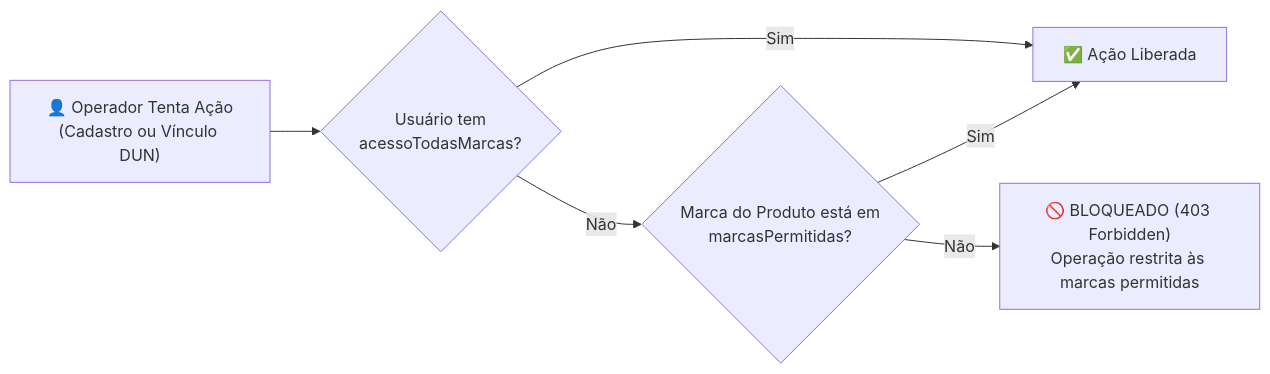
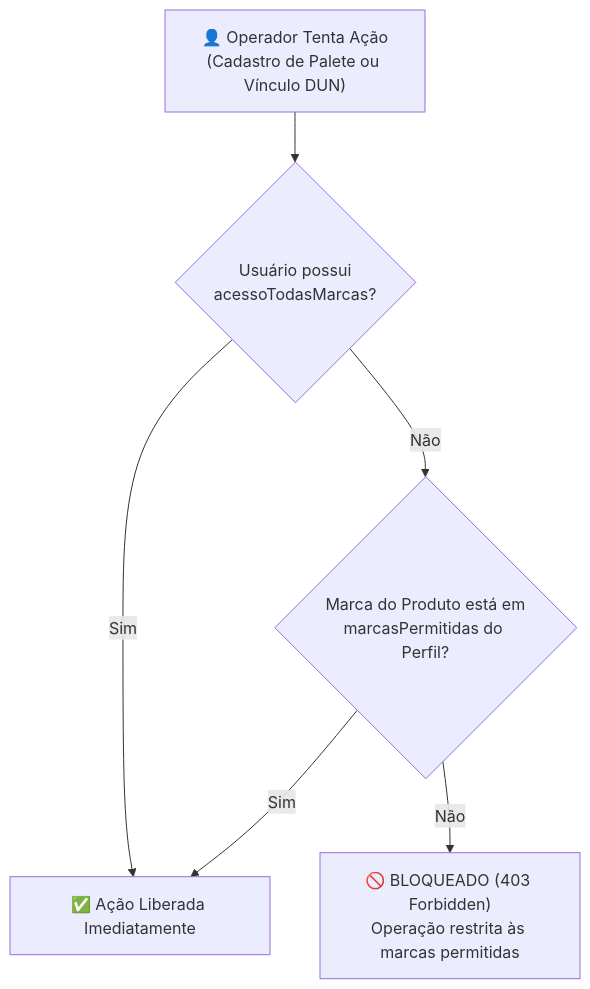
One commit to NaejBarbosa/paletscan-etl changed the second of 2 diagrams in docs/pwa-auth-permissoes.md. Above: the diagram before and after it, drawn with Mermaid. The commit also changed other lines of this file and 28 other files, not shown here.

Commit message:
docs: atualiza documentacao mkdocs com pontos criticos e diagramas verticalizados mobile

````diff
--- a/docs/pwa-auth-permissoes.md
+++ b/docs/pwa-auth-permissoes.md
@@ -61,8 +61,9 @@
 ```mermaid
-flowchart LR
-    OP["👤 Operador Tenta Ação\n(Cadastro ou Vínculo DUN)"] --> CHECK{"Usuário tem\nacessoTodasMarcas?"}
-    CHECK -->|Sim| LIB["✅ Ação Liberada"]
-    CHECK -->|Não| MARCA{"Marca do Produto está em\nmarcasPermitidas?"}
+flowchart TD
+    OP["👤 Operador Tenta Ação\n(Cadastro de Palete ou Vínculo DUN)"]
+    OP --> CHECK{"Usuário possui\nacessoTodasMarcas?"}
+    CHECK -->|Sim| LIB["✅ Ação Liberada Imediatamente"]
+    CHECK -->|Não| MARCA{"Marca do Produto está em\nmarcasPermitidas do Perfil?"}
     MARCA -->|Sim| LIB
     MARCA -->|Não| BARRADO["🚫 BLOQUEADO (403 Forbidden)\nOperação restrita às marcas permitidas"]
 ```
````
